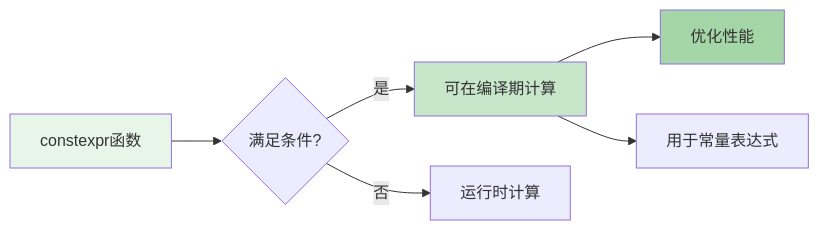
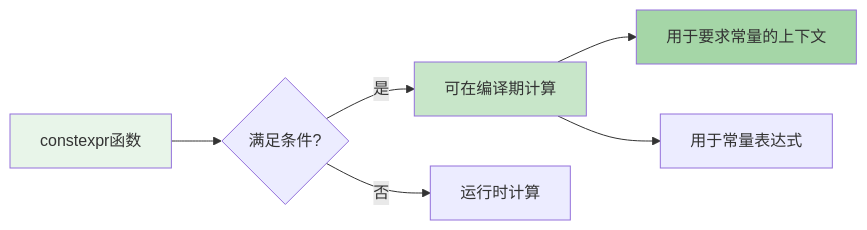
Before and after one commit to mlbo/cpp_learning: the second of 8 diagrams in week_01/day_05/README.md, drawn with Mermaid. The commit also changed other lines of this file and 675 other files, not shown here.

````diff
--- a/week_01/day_05/README.md
+++ b/week_01/day_05/README.md
@@ -60,13 +82,13 @@
 ```mermaid
 graph LR
     A[constexpr函数] --> B{满足条件?}
     B -->|是| C[可在编译期计算]
     B -->|否| D[运行时计算]
     
-    C --> E[优化性能]
+    C --> E[用于要求常量的上下文]
     C --> F[用于常量表达式]
     
     style A fill:#e8f5e9
     style C fill:#c8e6c9
     style E fill:#a5d6a7
 ```
````
